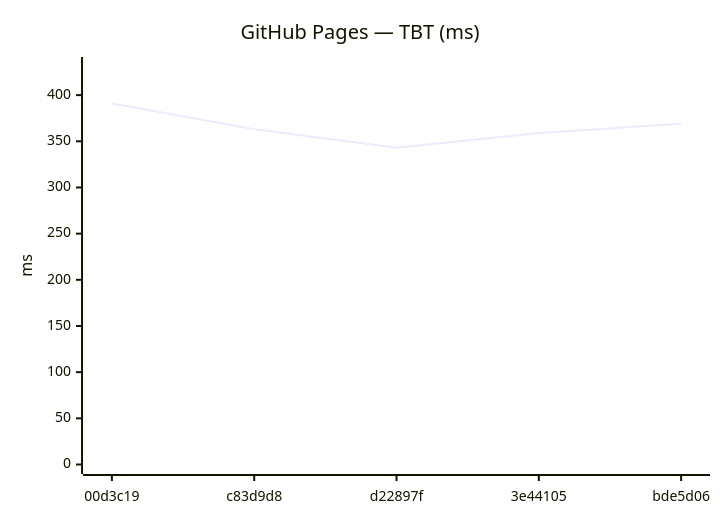
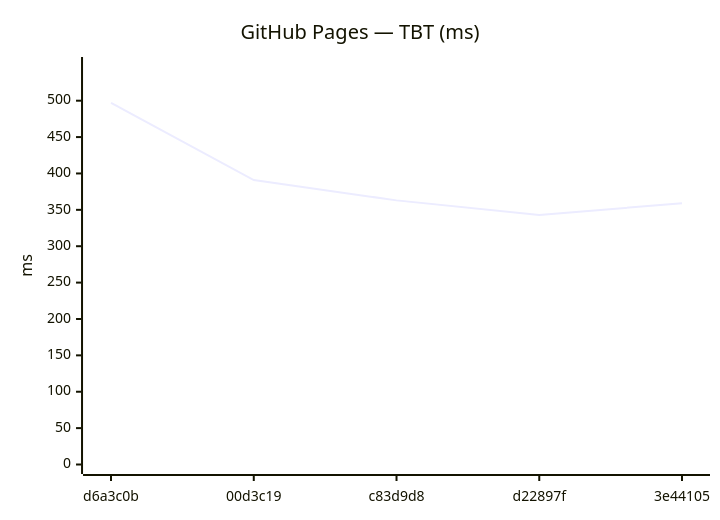
The tenth of 18 diagrams in benchmarks/compare.md (Metaheurist/Rianell), drawn with Mermaid before and after one commit. The commit also changed other lines of this file and 11 other files, not shown here.

````diff
--- a/benchmarks/compare.md
+++ b/benchmarks/compare.md
@@ -149,7 +149,7 @@
 ```mermaid
 xychart-beta
     title "GitHub Pages — TBT (ms)"
-    x-axis ["00d3c19", "c83d9d8", "d22897f", "3e44105", "bde5d06"]
-    y-axis "ms" 0 --> 431
-    line [391, 363, 343, 359, 369]
+    x-axis ["d6a3c0b", "00d3c19", "c83d9d8", "d22897f", "3e44105"]
+    y-axis "ms" 0 --> 547
+    line [497, 391, 363, 343, 359]
 ```
````
